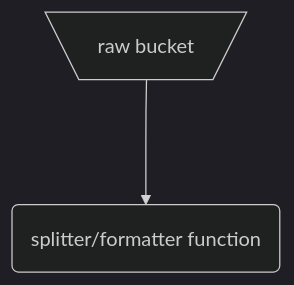
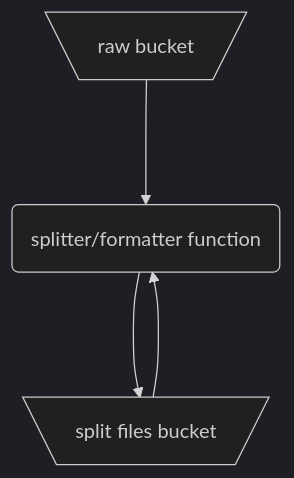
Before and after one commit to pkeane/diagrams: the diagram in README.md, drawn with Mermaid (dark theme).

````diff
--- a/README.md
+++ b/README.md
@@ -8,5 +8,7 @@
 ```mermaid
   flowchart TD;
       A[\raw bucket/]--->B(splitter/formatter function);
+      B--->C[\split files bucket/];
+      C--->B;
 
 ```
````
